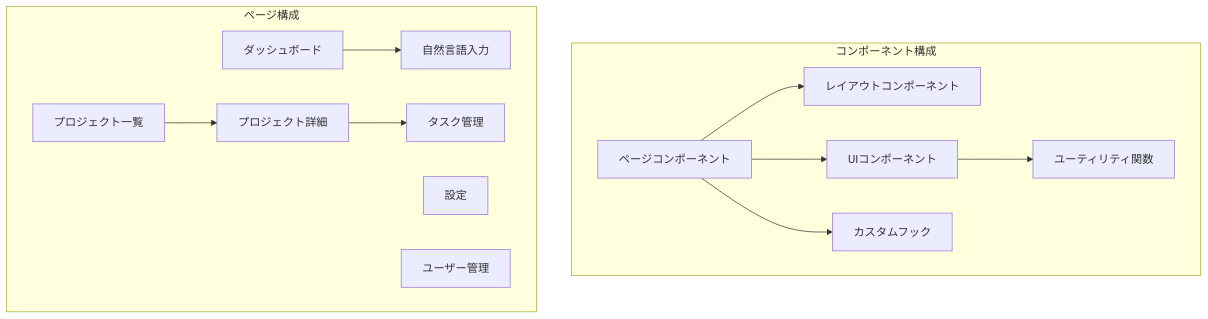
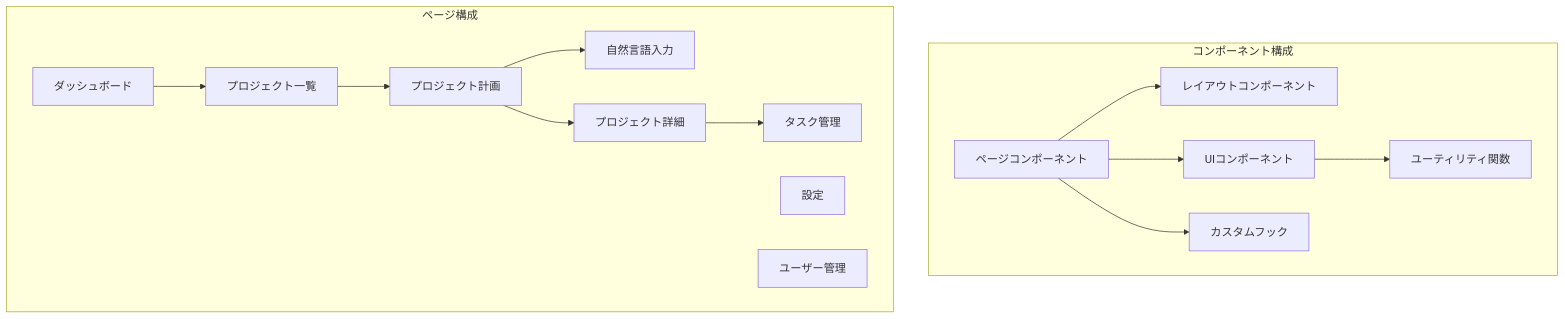
Before and after one commit to akhayash/copilot-code-sample: the second of 4 diagrams in docs/system-architecture.md, drawn with Mermaid. The commit also changed 5 other files, not shown here.

````diff
--- a/docs/system-architecture.md
+++ b/docs/system-architecture.md
@@ -47,29 +47,32 @@
 ```mermaid
 graph TD
   subgraph "コンポーネント構成"
     Pages[ページコンポーネント]
     Layout[レイアウトコンポーネント]
     UIComponents[UIコンポーネント]
     Hooks[カスタムフック]
     Utils[ユーティリティ関数]
   end
 
   subgraph "ページ構成"
     Dashboard[ダッシュボード]
     ProjectList[プロジェクト一覧]
+    ProjectPlanning[プロジェクト計画]
     ProjectDetail[プロジェクト詳細]
     TaskManager[タスク管理]
     NLPInput[自然言語入力]
     Settings[設定]
     UserManagement[ユーザー管理]
   end
 
   Pages --> Layout
   Pages --> UIComponents
   Pages --> Hooks
   UIComponents --> Utils
 
-  Dashboard --> NLPInput
-  ProjectList --> ProjectDetail
+  Dashboard --> ProjectList
+  ProjectList --> ProjectPlanning
+  ProjectPlanning --> NLPInput
+  ProjectPlanning --> ProjectDetail
   ProjectDetail --> TaskManager
 ```
````
